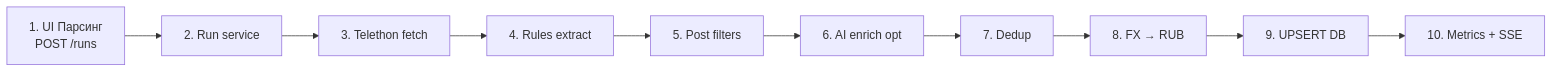
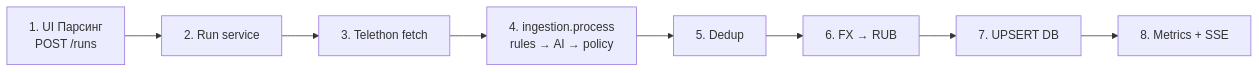
One commit to Kickgodx/tg-channels-vacancy-parser changed the first of 2 diagrams in docs/architecture/architecture-by-logic.md. Above: the diagram before and after it, drawn with Mermaid. The commit also changed other lines of this file and 23 other files, not shown here.

````diff
--- a/docs/architecture/architecture-by-logic.md
+++ b/docs/architecture/architecture-by-logic.md
@@ -7,15 +7,13 @@
 ```mermaid
 flowchart LR
   UI["1. UI Парсинг<br/>POST /runs"]
   RUN["2. Run service"]
   FETCH["3. Telethon fetch"]
-  RULES["4. Rules extract"]
-  FILT["5. Post filters"]
-  AI["6. AI enrich opt"]
-  DEDUP["7. Dedup"]
-  FX["8. FX → RUB"]
-  DB["9. UPSERT DB"]
-  SSE["10. Metrics + SSE"]
+  ING["4. ingestion.process<br/>rules → AI → policy"]
+  DEDUP["5. Dedup"]
+  FX["6. FX → RUB"]
+  DB["7. UPSERT DB"]
+  SSE["8. Metrics + SSE"]
 
-  UI --> RUN --> FETCH --> RULES --> FILT --> AI --> DEDUP --> FX --> DB --> SSE
+  UI --> RUN --> FETCH --> ING --> DEDUP --> FX --> DB --> SSE
 ```
````
